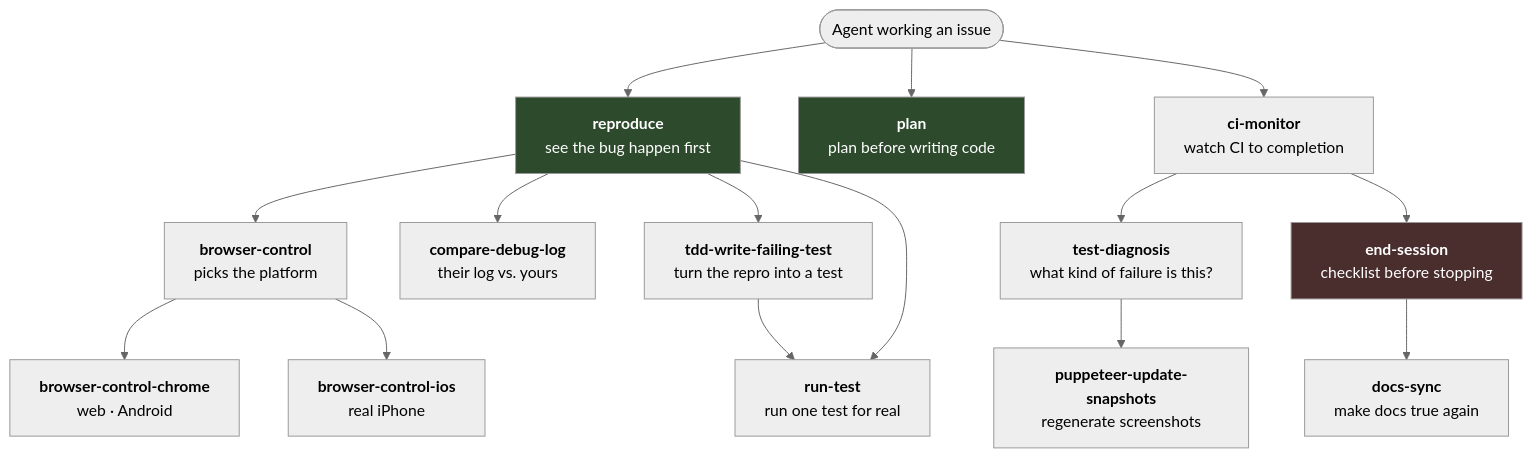
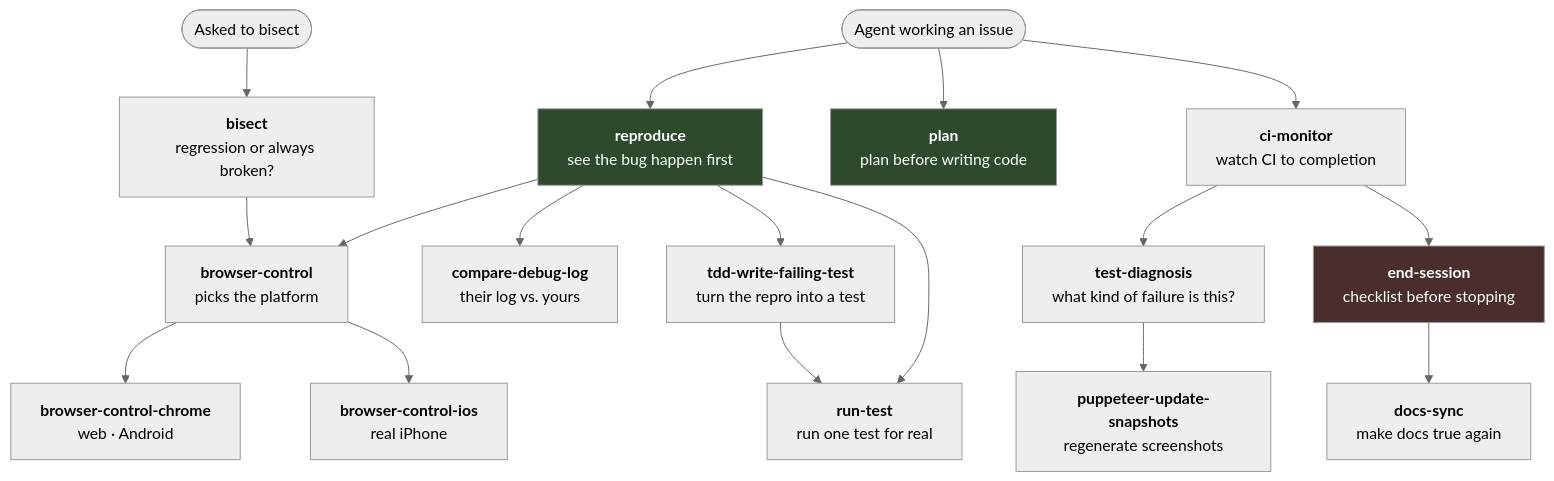
The diagram in docs/agents/skills.md (cybersemics/em), drawn with Mermaid (neutral theme) before and after one commit. The commit also changed other lines of this file and 4 other files, not shown here.

First line of the commit message:
Add bisect skill to find regressions (#5825)

````diff
--- a/docs/agents/skills.md
+++ b/docs/agents/skills.md
@@ -16,40 +16,44 @@
 ```mermaid
 flowchart TD
     START(["Agent working an issue"])
 
     START --> REP["<b>reproduce</b><br/>see the bug happen first"]
     START --> PL["<b>plan</b><br/>plan before writing code"]
     START --> CM["<b>ci-monitor</b><br/>watch CI to completion"]
 
     REP --> BC["<b>browser-control</b><br/>picks the platform"]
     BC --> BCC["<b>browser-control-chrome</b><br/>web · Android"]
     BC --> BCI["<b>browser-control-ios</b><br/>real iPhone"]
     REP --> CDL["<b>compare-debug-log</b><br/>their log vs. yours"]
     REP --> TDD["<b>tdd-write-failing-test</b><br/>turn the repro into a test"]
     TDD --> RT["<b>run-test</b><br/>run one test for real"]
     REP --> RT
 
     CM --> TD["<b>test-diagnosis</b><br/>what kind of failure is this?"]
     TD --> PUS["<b>puppeteer-update-snapshots</b><br/>regenerate screenshots"]
 
     CM --> ES["<b>end-session</b><br/>checklist before stopping"]
+
+    ASK(["Asked to bisect"]) --> BIS["<b>bisect</b><br/>regression or always broken?"]
+    BIS --> BC
     ES --> DS["<b>docs-sync</b><br/>make docs true again"]
 
     style REP fill:#2d4a2d,color:#fff
     style PL fill:#2d4a2d,color:#fff
     style ES fill:#4a2d2d,color:#fff
 
     click REP "https://github.com/cybersemics/em/blob/HEAD/docs/agents/skills.md#reproduce" "reproduce — see the failure before investigating"
     click PL "https://github.com/cybersemics/em/blob/HEAD/docs/agents/skills.md#plan" "plan — plan and critique before implementing"
     click ES "https://github.com/cybersemics/em/blob/HEAD/docs/agents/skills.md#end-session" "end-session — the exit checklist"
     click DS "https://github.com/cybersemics/em/blob/HEAD/docs/agents/skills.md#docs-sync" "docs-sync — keep documentation true"
     click BC "https://github.com/cybersemics/em/blob/HEAD/docs/agents/skills.md#browser-control" "browser-control — routes by platform"
     click BCC "https://github.com/cybersemics/em/blob/HEAD/docs/agents/skills.md#browser-control-chrome" "browser-control-chrome — web and Android"
     click BCI "https://github.com/cybersemics/em/blob/HEAD/docs/agents/skills.md#browser-control-ios" "browser-control-ios — real iPhone"
     click CDL "https://github.com/cybersemics/em/blob/HEAD/docs/agents/skills.md#compare-debug-log" "compare-debug-log — where their run and yours parted"
     click TDD "https://github.com/cybersemics/em/blob/HEAD/docs/agents/skills.md#tdd-write-failing-test" "tdd-write-failing-test — capture the bug"
     click RT "https://github.com/cybersemics/em/blob/HEAD/docs/agents/skills.md#run-test" "run-test — run one test for real"
     click CM "https://github.com/cybersemics/em/blob/HEAD/docs/agents/skills.md#ci-monitor" "ci-monitor — wait for every check"
     click TD "https://github.com/cybersemics/em/blob/HEAD/docs/agents/skills.md#test-diagnosis" "test-diagnosis — classify the failure"
+    click BIS "https://github.com/cybersemics/em/blob/HEAD/docs/agents/skills.md#bisect" "bisect — find the commit that broke it"
     click PUS "https://github.com/cybersemics/em/blob/HEAD/docs/agents/skills.md#puppeteer-update-snapshots" "puppeteer-update-snapshots — regenerate screenshots"
 ```
````
